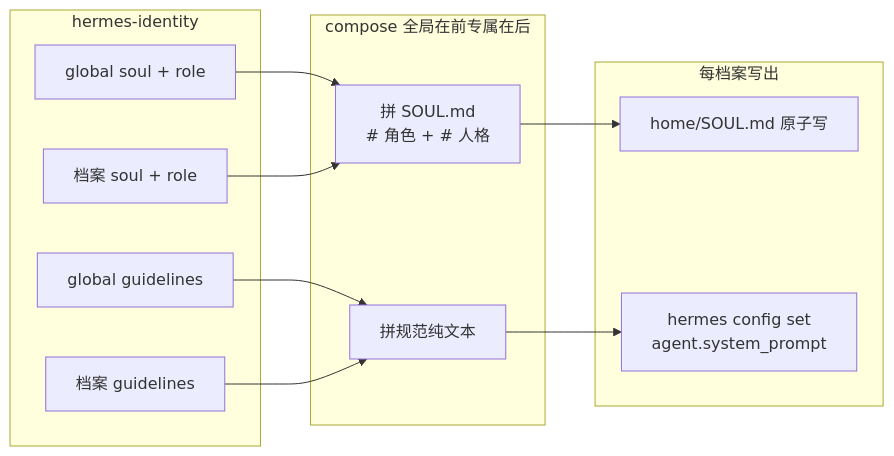
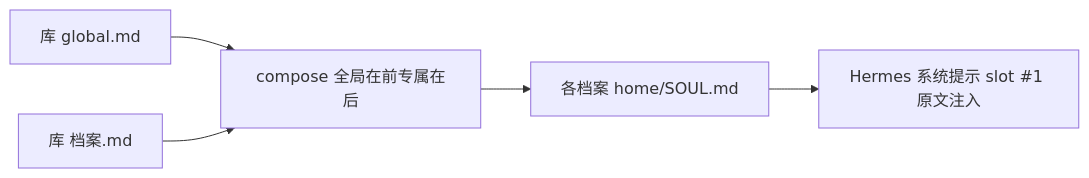
The first of 2 diagrams in docs/technical-reference/hermes-identity-architecture.md (YYFF925/SkillManager), drawn with Mermaid before and after one commit. The commit also changed other lines of this file, not shown here.

First line of the commit message:
docs: 锁定 Hermes 身份方案 1，角色与规范都写入 SOUL.md

````diff
--- a/docs/technical-reference/hermes-identity-architecture.md
+++ b/docs/technical-reference/hermes-identity-architecture.md
@@ -122,23 +30,7 @@
 ```mermaid
 flowchart LR
-  subgraph Vault["hermes-identity"]
-    GS["global soul + role"]
-    GG["global guidelines"]
-    PS["档案 soul + role"]
-    PG["档案 guidelines"]
-  end
-  subgraph Core["compose 全局在前专属在后"]
-    I["拼 SOUL.md<br/># 角色 + # 人格"]
-    N["拼规范纯文本"]
-  end
-  subgraph Out["每档案写出"]
-    S["home/SOUL.md 原子写"]
-    C["hermes config set<br/>agent.system_prompt"]
-  end
-  GS --> I
-  PS --> I
-  GG --> N
-  PG --> N
-  I --> S
-  N --> C
+  G["库 global.md"] --> C["compose 全局在前专属在后"]
+  P["库 档案.md"] --> C
+  C --> S["各档案 home/SOUL.md"]
+  S --> H["Hermes 系统提示 slot #1 原文注入"]
 ```
````
